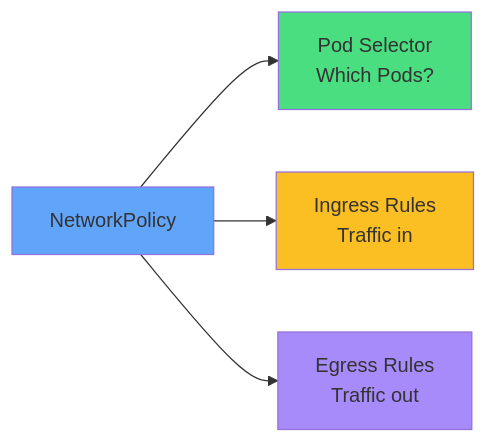
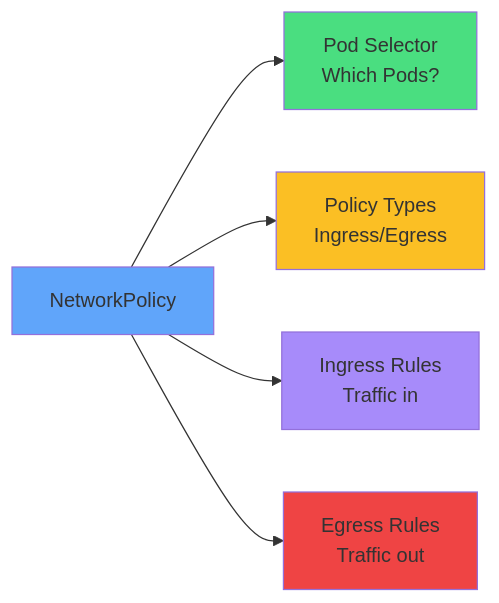
Before and after one commit to courselabs/kubernetes: the second of 9 diagrams in slides/networkpolicy/slides.md, drawn with Mermaid. The commit also changed other lines of this file and 5 other files, not shown here.

````diff
--- a/slides/networkpolicy/slides.md
+++ b/slides/networkpolicy/slides.md
@@ -71,10 +75,12 @@
 ```mermaid
 graph LR
     NP[NetworkPolicy] --> PS[Pod Selector<br/>Which Pods?]
+    NP --> PT[Policy Types<br/>Ingress/Egress]
     NP --> IN[Ingress Rules<br/>Traffic in]
     NP --> EG[Egress Rules<br/>Traffic out]
     style NP fill:#60a5fa
     style PS fill:#4ade80
-    style IN fill:#fbbf24
-    style EG fill:#a78bfa
+    style PT fill:#fbbf24
+    style IN fill:#a78bfa
+    style EG fill:#ef4444
 ```
````
